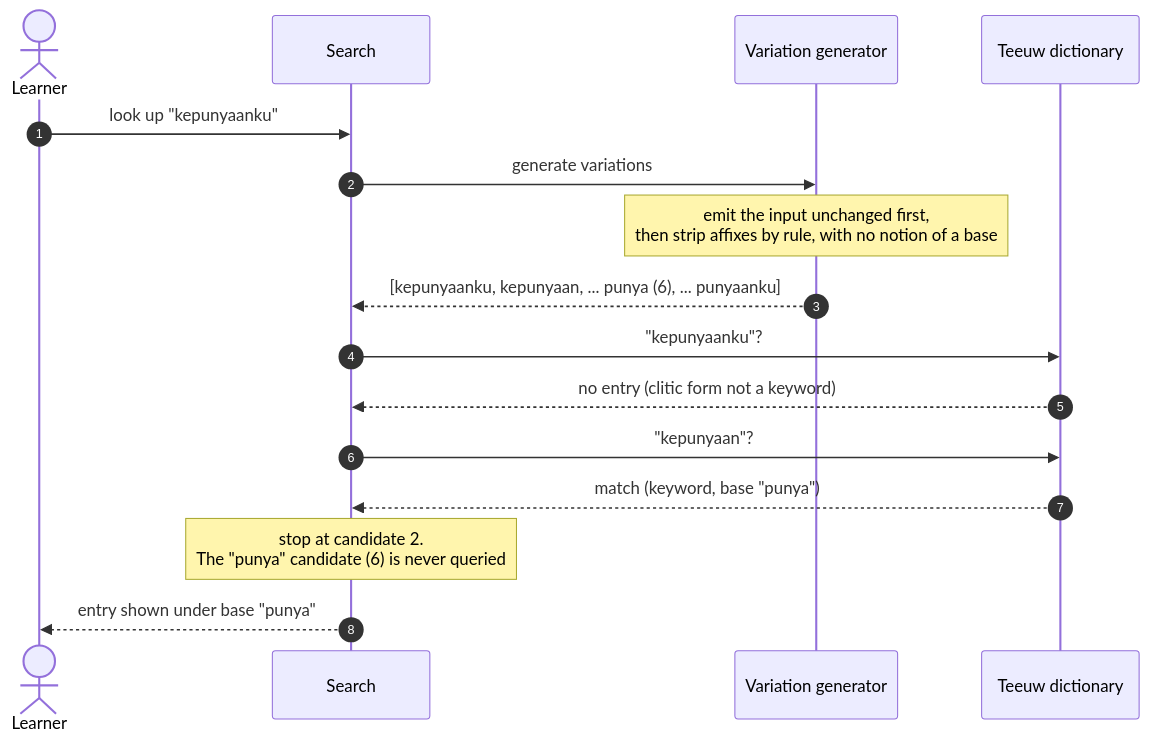
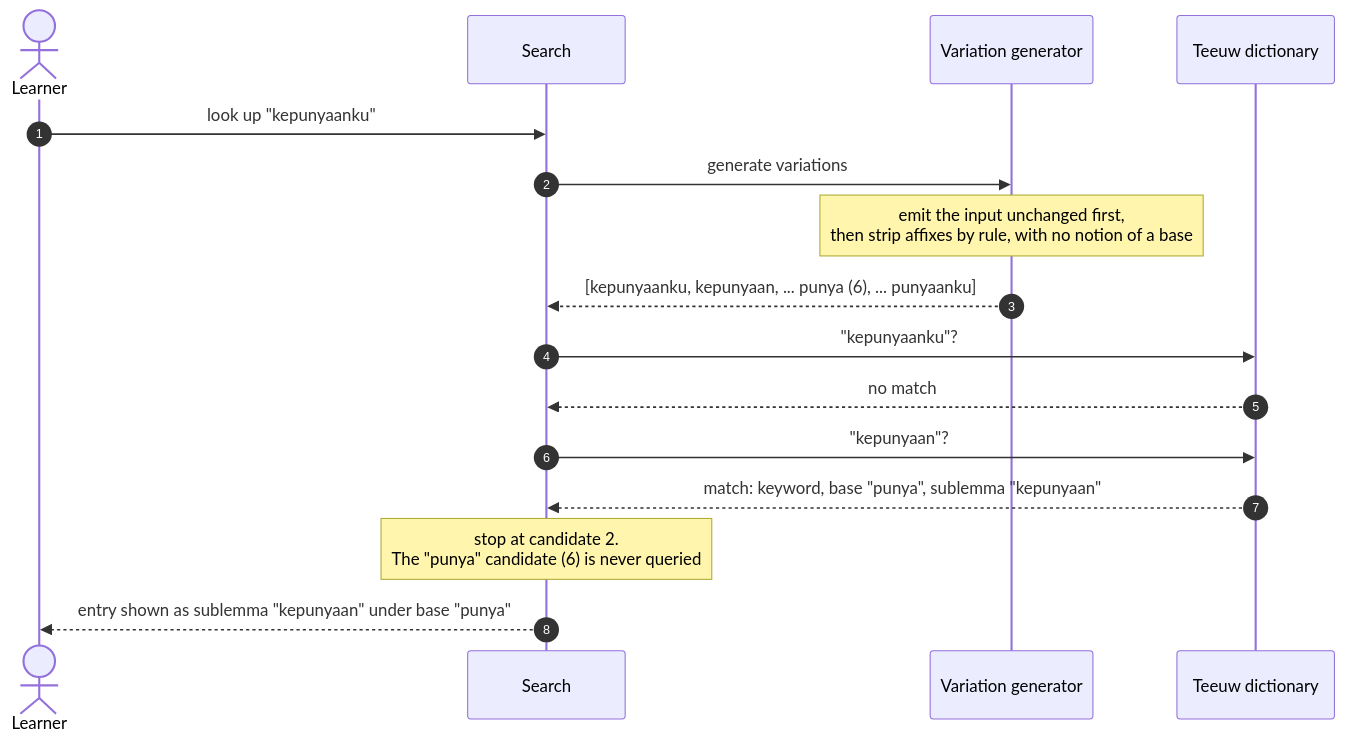
The second of 2 diagrams in apps/docs/docs/guide/how-search-works.md (remarcmij/taalwiz-mono), drawn with Mermaid before and after one commit. The commit also changed other lines of this file, not shown here.

````diff
--- a/apps/docs/docs/guide/how-search-works.md
+++ b/apps/docs/docs/guide/how-search-works.md
@@ -210,19 +222,19 @@
 ```mermaid
 sequenceDiagram
     autonumber
     actor U as Learner
     participant S as Search
     participant G as Variation generator
     participant D as Teeuw dictionary
 
     U->>S: look up "kepunyaanku"
     S->>G: generate variations
     Note over G: emit the input unchanged first,<br/>then strip affixes by rule, with no notion of a base
     G-->>S: [kepunyaanku, kepunyaan, ... punya (6), ... punyaanku]
     S->>D: "kepunyaanku"?
-    D-->>S: no entry (clitic form not a keyword)
+    D-->>S: no match
     S->>D: "kepunyaan"?
-    D-->>S: match (keyword, base "punya")
+    D-->>S: match: keyword, base "punya", sublemma "kepunyaan"
     Note over S: stop at candidate 2.<br/>The "punya" candidate (6) is never queried
-    S-->>U: entry shown under base "punya"
+    S-->>U: entry shown as sublemma "kepunyaan" under base "punya"
 ```
````
